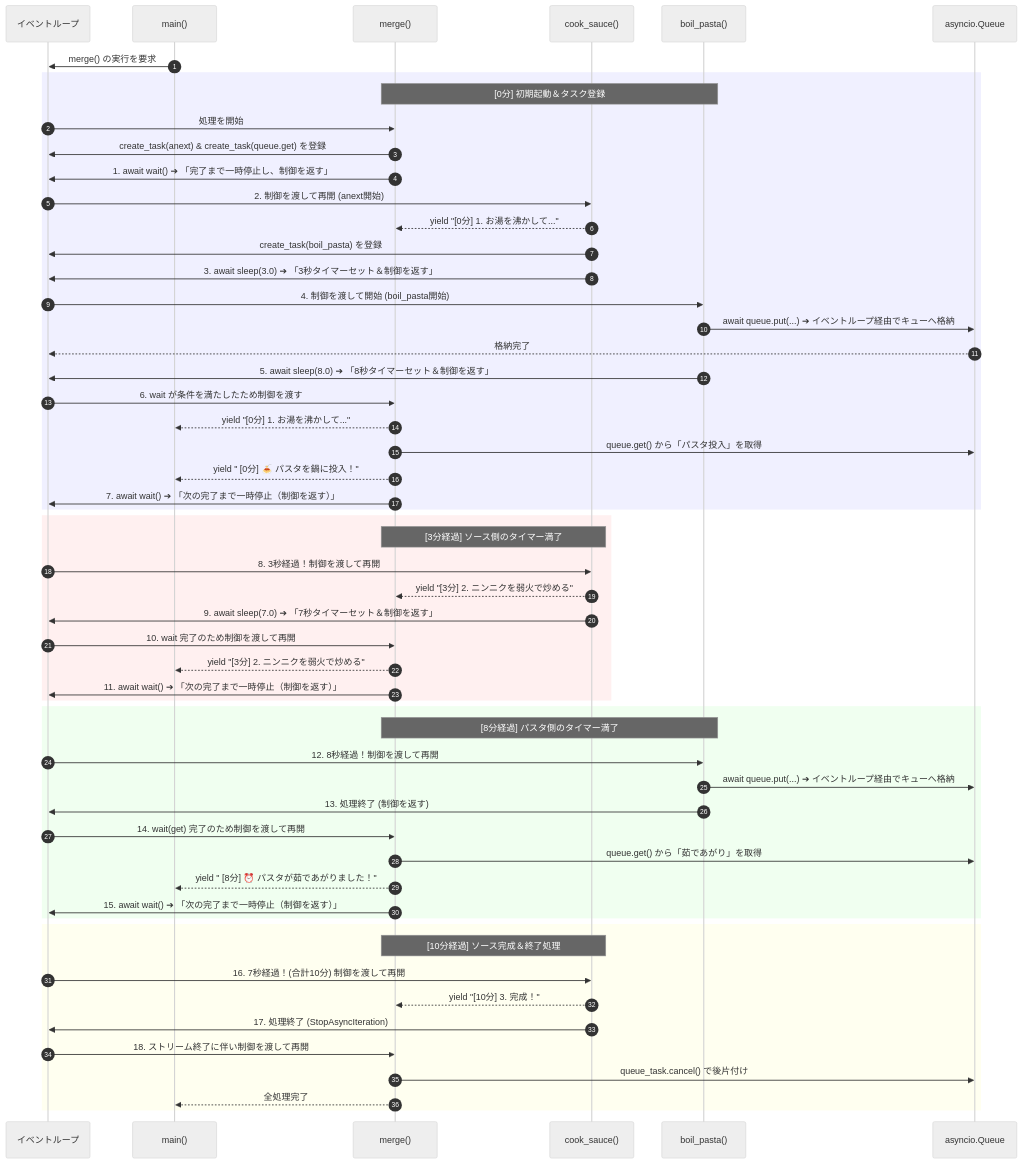
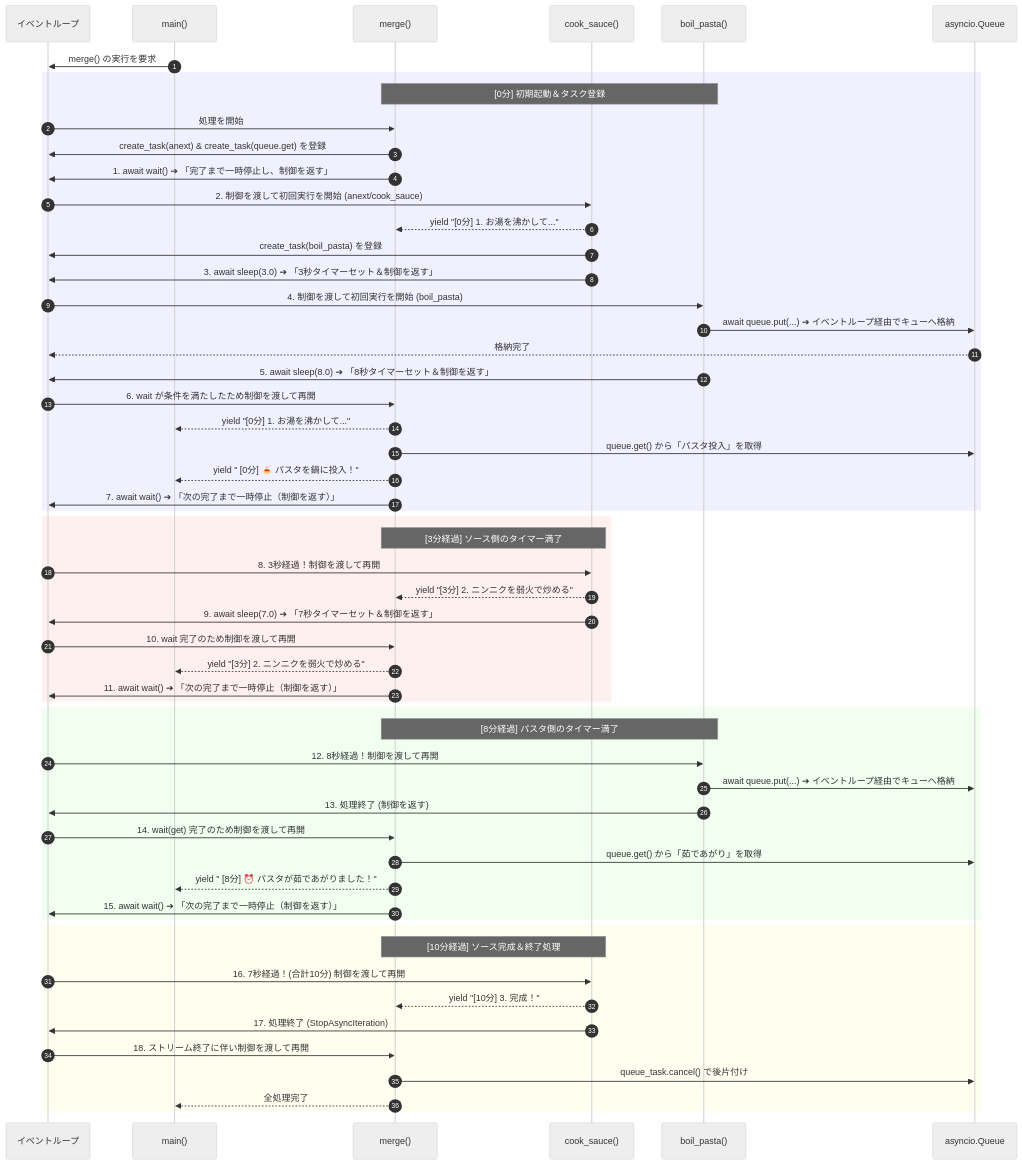
One commit to developer-onizuka/asyncio changed the diagram in README.md. Above: the diagram before and after it, drawn with Mermaid (neutral theme).

````diff
--- a/README.md
+++ b/README.md
@@ -1,69 +1,69 @@
 ```mermaid
 sequenceDiagram
     autonumber
     participant EvLoop as イベントループ
     participant Main as main()
     participant Merge as merge()
     participant Sauce as cook_sauce()
     participant Pasta as boil_pasta()
     participant Queue as asyncio.Queue
 
     Main->>EvLoop: merge() の実行を要求
     
     rect rgb(240, 240, 255)
     note over Merge, Pasta: [0分] 初期起動＆タスク登録
     EvLoop->>Merge: 処理を開始
     Merge->>EvLoop: create_task(anext) & create_task(queue.get) を登録
     Merge->>EvLoop: 1. await wait() ➔ 「完了まで一時停止し、制御を返す」
     
-    EvLoop->>Sauce: 2. 制御を渡して再開 (anext開始)
+    EvLoop->>Sauce: 2. 制御を渡して初回実行を開始 (anext/cook_sauce)
     Sauce-->>Merge: yield "[0分] 1. お湯を沸かして..."
     Sauce->>EvLoop: create_task(boil_pasta) を登録
     Sauce->>EvLoop: 3. await sleep(3.0) ➔ 「3秒タイマーセット＆制御を返す」
     
-    EvLoop->>Pasta: 4. 制御を渡して開始 (boil_pasta開始)
+    EvLoop->>Pasta: 4. 制御を渡して初回実行を開始 (boil_pasta)
     Pasta->>Queue: await queue.put(...) ➔ イベントループ経由でキューへ格納
     Queue-->>EvLoop: 格納完了
     Pasta->>EvLoop: 5. await sleep(8.0) ➔ 「8秒タイマーセット＆制御を返す」
     
-    EvLoop->>Merge: 6. wait が条件を満たしたため制御を渡す
+    EvLoop->>Merge: 6. wait が条件を満たしたため制御を渡して再開
     Merge-->>Main: yield "[0分] 1. お湯を沸かして..."
     Merge->>Queue: queue.get() から「パスタ投入」を取得
     Merge-->>Main: yield "  [0分] 🍝 パスタを鍋に投入！"
     Merge->>EvLoop: 7. await wait() ➔ 「次の完了まで一時停止（制御を返す）」
     end
 
     rect rgb(255, 240, 240)
     note over Sauce, Merge: [3分経過] ソース側のタイマー満了
     EvLoop->>Sauce: 8. 3秒経過！制御を渡して再開
     Sauce-->>Merge: yield "[3分] 2. ニンニクを弱火で炒める"
     Sauce->>EvLoop: 9. await sleep(7.0) ➔ 「7秒タイマーセット＆制御を返す」
     
     EvLoop->>Merge: 10. wait 完了のため制御を渡して再開
     Merge-->>Main: yield "[3分] 2. ニンニクを弱火で炒める"
     Merge->>EvLoop: 11. await wait() ➔ 「次の完了まで一時停止（制御を返す）」
     end
 
     rect rgb(240, 255, 240)
     note over Pasta, Merge: [8分経過] パスタ側のタイマー満了
     EvLoop->>Pasta: 12. 8秒経過！制御を渡して再開
     Pasta->>Queue: await queue.put(...) ➔ イベントループ経由でキューへ格納
     Pasta->>EvLoop: 13. 処理終了 (制御を返す)
     
     EvLoop->>Merge: 14. wait(get) 完了のため制御を渡して再開
     Merge->>Queue: queue.get() から「茹であがり」を取得
     Merge-->>Main: yield "  [8分] ⏰ パスタが茹であがりました！"
     Merge->>EvLoop: 15. await wait() ➔ 「次の完了まで一時停止（制御を返す）」
     end
 
     rect rgb(255, 255, 240)
     note over Sauce, Merge: [10分経過] ソース完成＆終了処理
     EvLoop->>Sauce: 16. 7秒経過！(合計10分) 制御を渡して再開
     Sauce-->>Merge: yield "[10分] 3. 完成！"
     Sauce->>EvLoop: 17. 処理終了 (StopAsyncIteration)
     
     EvLoop->>Merge: 18. ストリーム終了に伴い制御を渡して再開
     Merge->>Queue: queue_task.cancel() で後片付け
     Merge-->>Main: 全処理完了
     end
 ```
````
